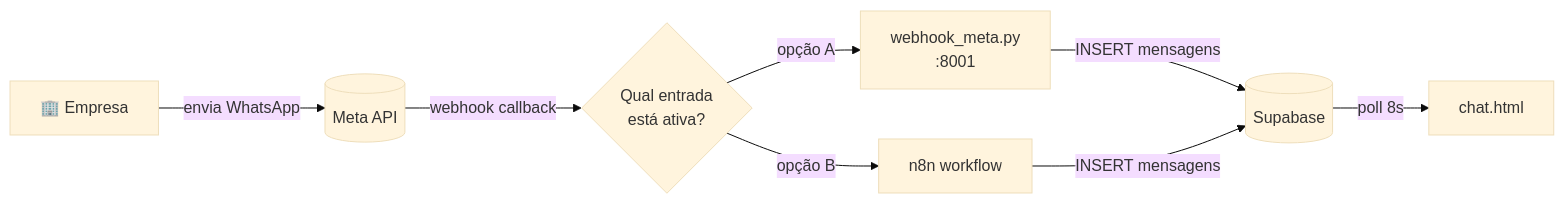
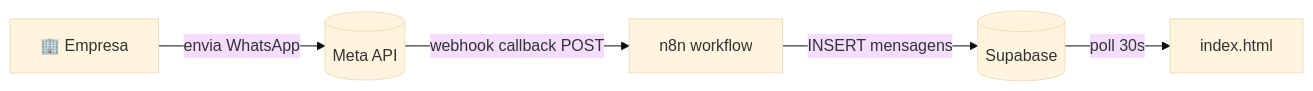
Before and after one commit to safehelp-agentes/Mensageria_ASOs: the seventh of 7 diagrams in ARCHITECTURE.md, drawn with Mermaid (base theme). The commit also changed other lines of this file and 5 other files, not shown here.

````diff
--- a/ARCHITECTURE.md
+++ b/ARCHITECTURE.md
@@ -360,10 +353,7 @@
 ```mermaid
 graph LR
     Empresa[🏢 Empresa] -->|envia WhatsApp| Meta[(Meta API)]
-    Meta -->|webhook callback| Choice{Qual entrada<br/>está ativa?}
-    Choice -->|opção A| Webhook[webhook_meta.py<br/>:8001]
-    Choice -->|opção B| N8N[n8n workflow]
-    Webhook -->|INSERT mensagens| SB[(Supabase)]
-    N8N -->|INSERT mensagens| SB
-    SB -->|poll 8s| CRM[chat.html]
+    Meta -->|webhook callback POST| N8N[n8n workflow]
+    N8N -->|INSERT mensagens| SB[(Supabase)]
+    SB -->|poll 30s| CRM[index.html]
 ```
````
